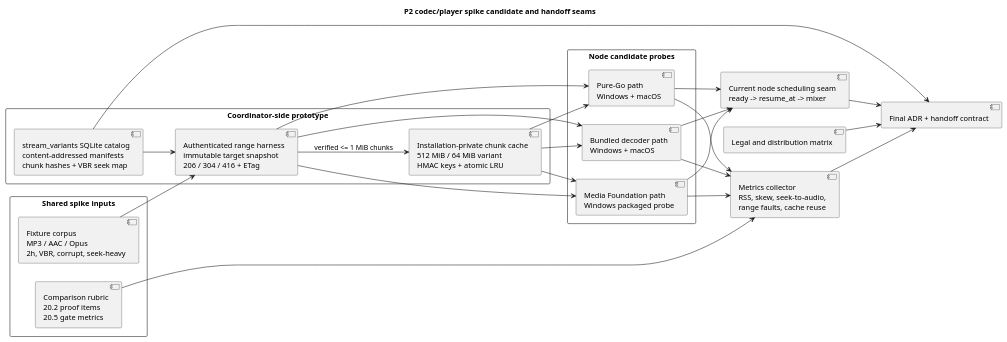
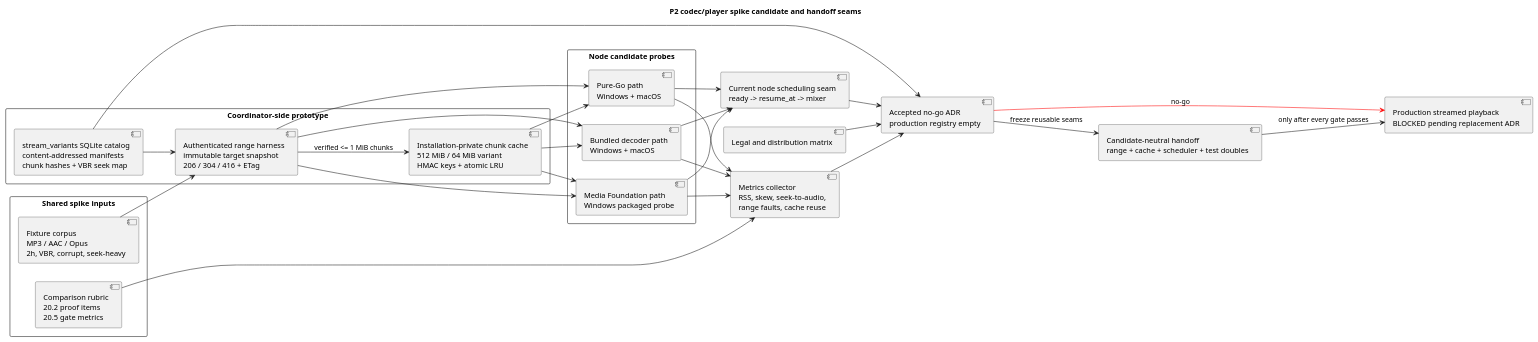
Before and after one commit to relux-works/barycenter: the diagram in docs/diagrams/p2-codec-player-spike-components.puml, drawn with PlantUML. The commit also changed 4 other files, not shown here.

Commit message:
docs(codec): publish no-go ADR and handoff

```diff
--- a/docs/diagrams/p2-codec-player-spike-components.puml
+++ b/docs/diagrams/p2-codec-player-spike-components.puml
@@ -1,49 +1,54 @@
 @startuml
 title P2 codec/player spike candidate and handoff seams
 left to right direction
 skinparam packageStyle rectangle
 
 package "Shared spike inputs" {
   component "Fixture corpus\nMP3 / AAC / Opus\n2h, VBR, corrupt, seek-heavy" as Fixtures
   component "Comparison rubric\n20.2 proof items\n20.5 gate metrics" as Rubric
 }
 
 package "Coordinator-side prototype" {
   component "stream_variants SQLite catalog\ncontent-addressed manifests\nchunk hashes + VBR seek map" as Variants
   component "Authenticated range harness\nimmutable target snapshot\n206 / 304 / 416 + ETag" as RangeHarness
   component "Installation-private chunk cache\n512 MiB / 64 MiB variant\nHMAC keys + atomic LRU" as CacheContract
 }
 
 package "Node candidate probes" {
   component "Pure-Go path\nWindows + macOS" as PureGo
   component "Media Foundation path\nWindows packaged probe" as MF
   component "Bundled decoder path\nWindows + macOS" as Bundled
 }
 
 component "Current node scheduling seam\nready -> resume_at -> mixer" as Scheduler
 component "Metrics collector\nRSS, skew, seek-to-audio,\nrange faults, cache reuse" as Metrics
 component "Legal and distribution matrix" as Legal
-component "Final ADR + handoff contract" as ADR
+component "Accepted no-go ADR\nproduction registry empty" as ADR
+component "Candidate-neutral handoff\nrange + cache + scheduler + test doubles" as Handoff
+component "Production streamed playback\nBLOCKED pending replacement ADR" as Production
 
 Fixtures --> RangeHarness
 Rubric --> Metrics
 Variants --> RangeHarness
 RangeHarness --> CacheContract : verified <= 1 MiB chunks
 CacheContract --> PureGo
 CacheContract --> MF
 CacheContract --> Bundled
 RangeHarness --> PureGo
 RangeHarness --> MF
 RangeHarness --> Bundled
 PureGo --> Scheduler
 MF --> Scheduler
 Bundled --> Scheduler
 PureGo --> Metrics
 MF --> Metrics
 Bundled --> Metrics
 Legal --> ADR
 Metrics --> ADR
 Variants --> ADR
 Scheduler --> ADR
+ADR --> Handoff : freeze reusable seams
+ADR -[#red]-> Production : no-go
+Handoff --> Production : only after every gate passes
 
 @enduml
```
